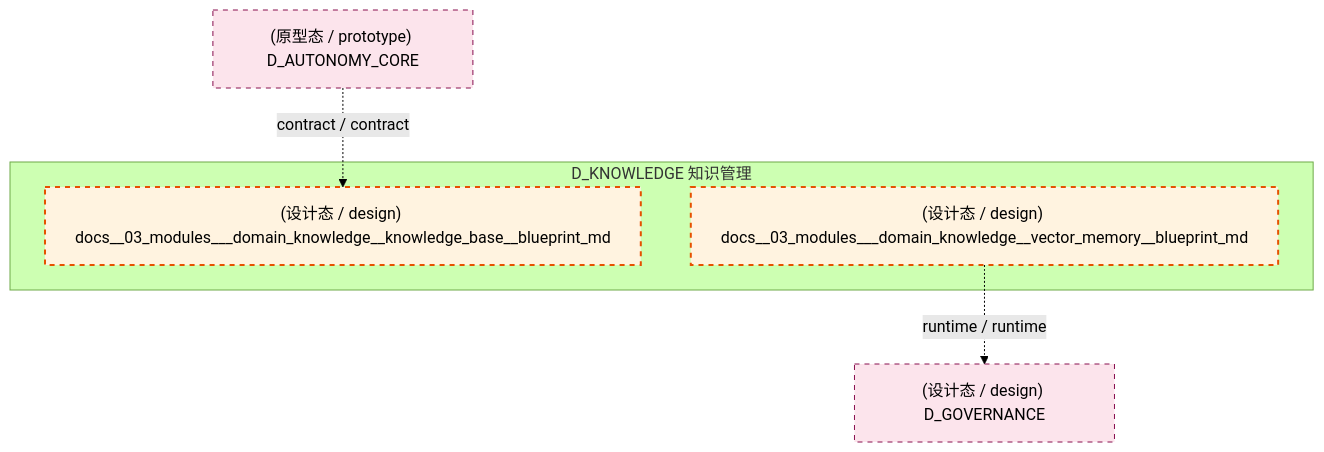
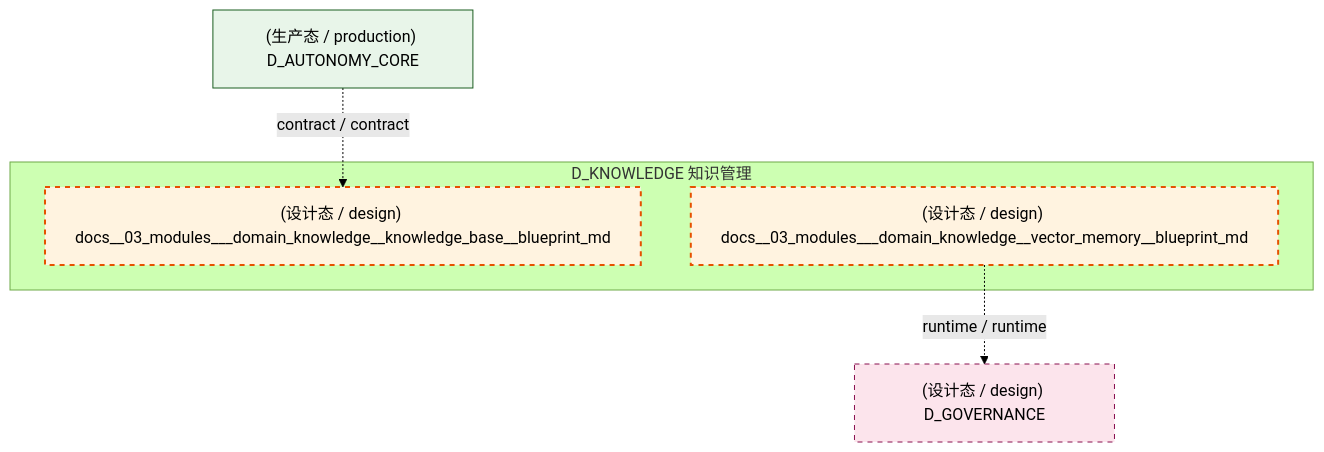
Before and after one commit to xuanFelixVan/ZephyrAlpha: the second of 4 diagrams in docs/02_enterprise_architecture/02_domain_architecture_docs/40_d_knowledge.md, drawn with Mermaid (forest theme). The commit also changed other lines of this file and 100 other files, not shown here.

````diff
--- a/docs/02_enterprise_architecture/02_domain_architecture_docs/40_d_knowledge.md
+++ b/docs/02_enterprise_architecture/02_domain_architecture_docs/40_d_knowledge.md
@@ -112,17 +113,18 @@
 ```mermaid
 graph TD
     subgraph D_KNOWLEDGE["D_KNOWLEDGE 知识管理"]
         docs_03_modules_domain_knowledge_knowledge_base_blueprint_md["(设计态 / design) docs__03_modules___domain_knowledge__knowledge_base__blueprint_md"]
         docs_03_modules_domain_knowledge_vector_memory_blueprint_md["(设计态 / design) docs__03_modules___domain_knowledge__vector_memory__blueprint_md"]
     end
     D_GOVERNANCE["(设计态 / design) D_GOVERNANCE"]
     docs_03_modules_domain_knowledge_vector_memory_blueprint_md -.->|runtime / runtime| D_GOVERNANCE
-    D_AUTONOMY_CORE["(原型态 / prototype) D_AUTONOMY_CORE"]
+    D_AUTONOMY_CORE["(生产态 / production) D_AUTONOMY_CORE"]
     D_AUTONOMY_CORE -.->|contract / contract| docs_03_modules_domain_knowledge_knowledge_base_blueprint_md
     classDef production fill:#e1f5fe,stroke:#01579b,stroke-width:2px,color:#000
     classDef design fill:#fff3e0,stroke:#e65100,stroke-width:2px,color:#000,stroke-dasharray: 5 5
     classDef external_prod fill:#e8f5e9,stroke:#1b5e20,stroke-width:1px,color:#000
     classDef external_design fill:#fce4ec,stroke:#880e4f,stroke-width:1px,color:#000,stroke-dasharray: 5 5
     class docs_03_modules_domain_knowledge_knowledge_base_blueprint_md,docs_03_modules_domain_knowledge_vector_memory_blueprint_md design
-    class D_GOVERNANCE,D_AUTONOMY_CORE external_design
+    class D_AUTONOMY_CORE external_prod
+    class D_GOVERNANCE external_design
 ```
````
